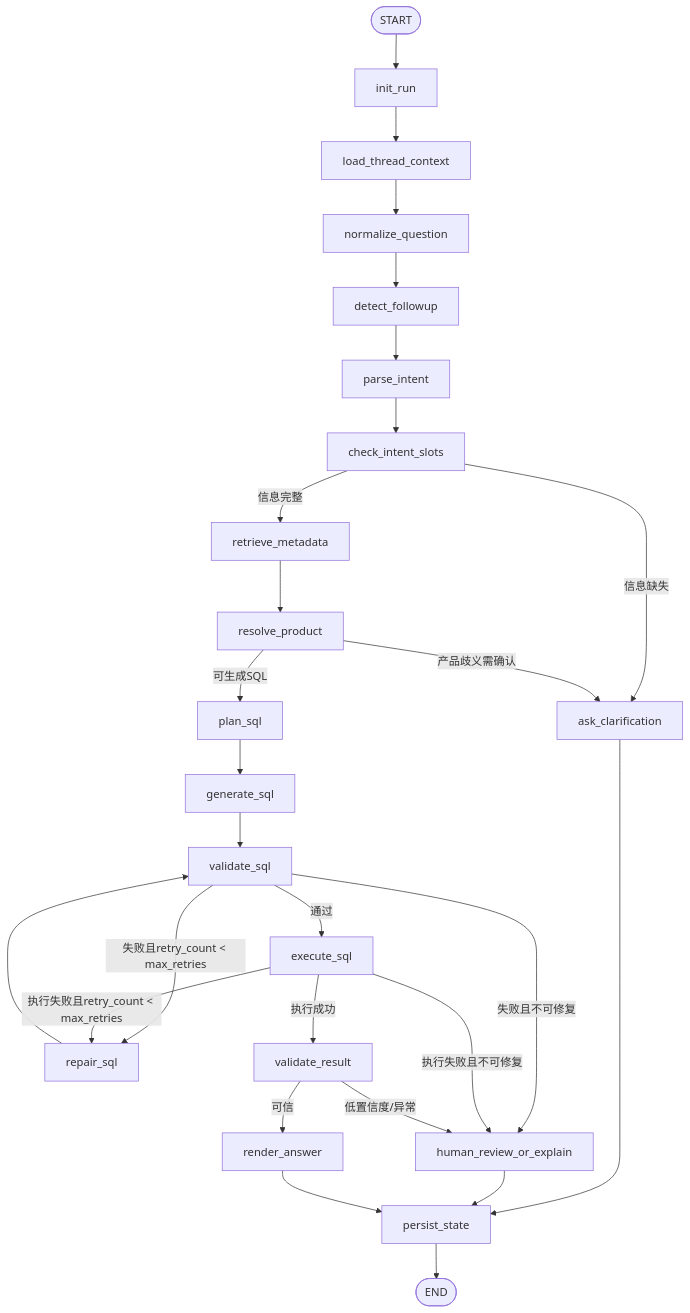
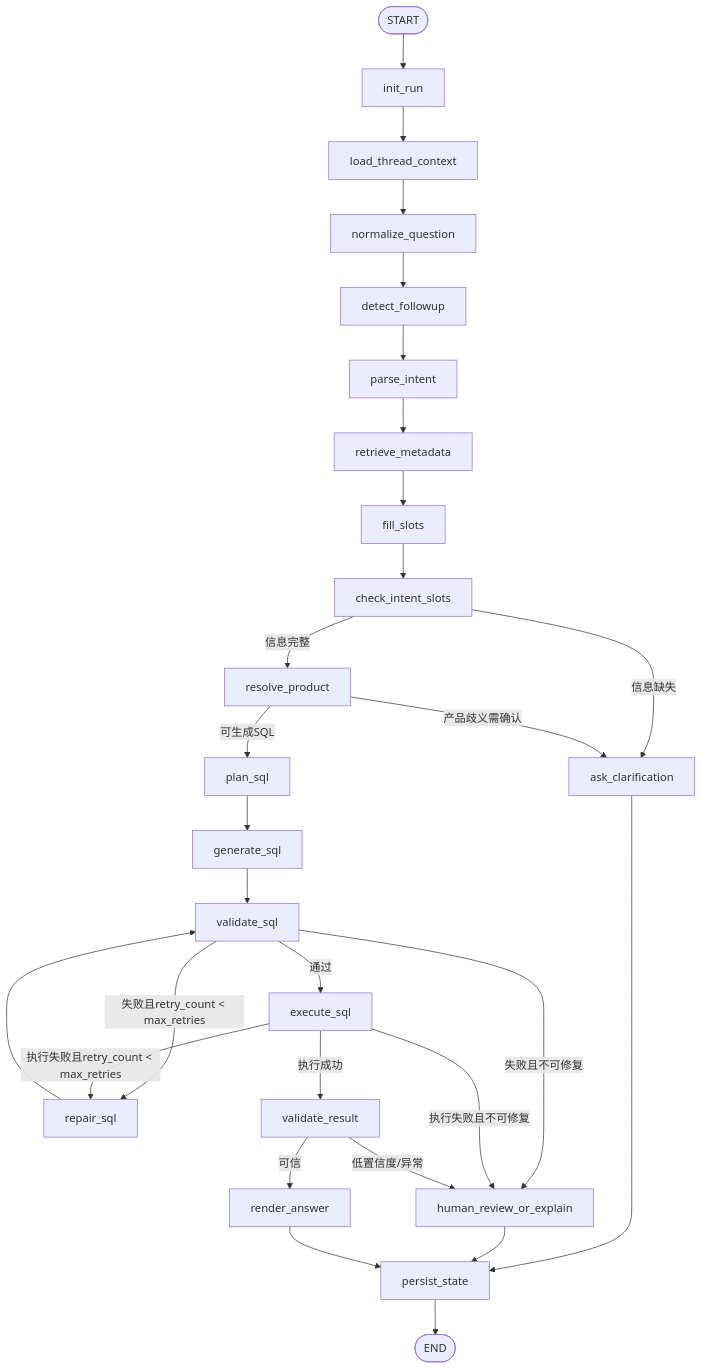
The second of 3 diagrams in 02_技术实现方案文档.md (ZECHENGXU/NL2SQL_Agent), drawn with Mermaid before and after one commit. The commit also changed other lines of this file and 6 other files, not shown here.

````diff
--- a/02_技术实现方案文档.md
+++ b/02_技术实现方案文档.md
@@ -217,29 +227,30 @@
 ```mermaid
 flowchart TD
   START(["START"]) --> INIT["init_run"]
   INIT --> LOAD["load_thread_context"]
   LOAD --> NORM["normalize_question"]
   NORM --> FOLLOW["detect_followup"]
   FOLLOW --> INTENT["parse_intent"]
-  INTENT --> SLOT["check_intent_slots"]
+  INTENT --> RETRIEVE["retrieve_metadata"]
+  RETRIEVE --> FILL["fill_slots"]
+  FILL --> SLOT["check_intent_slots"]
   SLOT -->|信息缺失| ASK["ask_clarification"]
-  SLOT -->|信息完整| RETRIEVE["retrieve_metadata"]
-  RETRIEVE --> PRODUCT["resolve_product"]
+  SLOT -->|信息完整| PRODUCT["resolve_product"]
   PRODUCT -->|产品歧义需确认| ASK
   PRODUCT -->|可生成SQL| PLAN["plan_sql"]
   PLAN --> GEN["generate_sql"]
   GEN --> SQLVAL["validate_sql"]
   SQLVAL -->|通过| EXEC["execute_sql"]
   SQLVAL -->|失败且retry_count < max_retries| REPAIR["repair_sql"]
   SQLVAL -->|失败且不可修复| FAIL["human_review_or_explain"]
   REPAIR --> SQLVAL
   EXEC -->|执行成功| RVAL["validate_result"]
   EXEC -->|执行失败且retry_count < max_retries| REPAIR
   EXEC -->|执行失败且不可修复| FAIL
   RVAL -->|可信| ANSWER["render_answer"]
   RVAL -->|低置信度/异常| FAIL
   ASK --> PERSIST["persist_state"]
   FAIL --> PERSIST
   ANSWER --> PERSIST
   PERSIST --> END(["END"])
 ```
````
